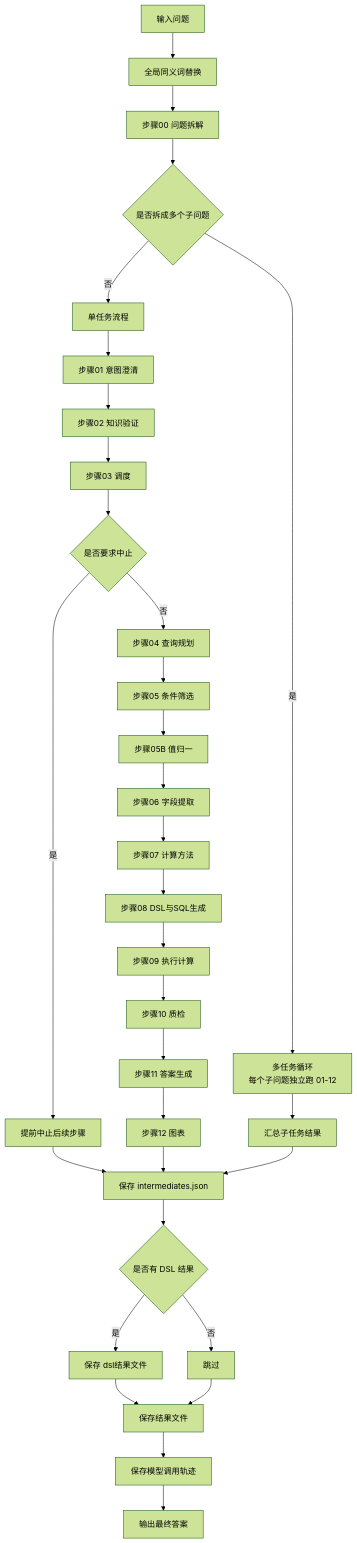
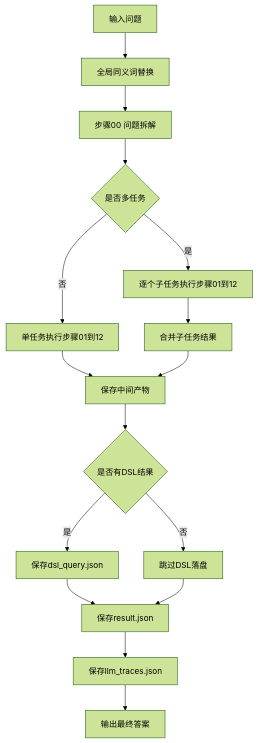
One commit to fengjianhuaxin/testtodsl changed the first of 8 diagrams in docs/pipeline_flow_detailed.md. Above: the diagram before and after it, drawn with Mermaid (forest theme). The commit also changed other lines of this file, not shown here.

Commit message:
docs: refresh pipeline flowchart for split planner and inner/left join

````diff
--- a/docs/pipeline_flow_detailed.md
+++ b/docs/pipeline_flow_detailed.md
@@ -7,41 +10,22 @@
 ```mermaid
 flowchart TD
     A[输入问题] --> B[全局同义词替换]
     B --> C[步骤00 问题拆解]
-    C --> D{是否拆成多个子问题}
+    C --> D{是否多任务}
 
-    D -- 否 --> E[单任务流程]
-    D -- 是 --> F[多任务循环
-每个子问题独立跑 01-12]
-    F --> G[汇总子任务结果]
+    D -- 否 --> E[单任务执行步骤01到12]
+    D -- 是 --> F[逐个子任务执行步骤01到12]
+    F --> G[合并子任务结果]
 
-    E --> H[步骤01 意图澄清]
-    H --> I[步骤02 知识验证]
-    I --> J[步骤03 调度]
-    J --> K{是否要求中止}
-    K -- 是 --> Z1[提前中止后续步骤]
-    K -- 否 --> L[步骤04 查询规划]
+    E --> H[保存中间产物]
+    G --> H
 
-    L --> M[步骤05 条件筛选]
-    M --> N[步骤05B 值归一]
-    N --> O[步骤06 字段提取]
-    O --> P[步骤07 计算方法]
-    P --> Q[步骤08 DSL与SQL生成]
-    Q --> R[步骤09 执行计算]
-    R --> S[步骤10 质检]
-    S --> T[步骤11 答案生成]
-    T --> U[步骤12 图表]
+    H --> I{是否有DSL结果}
+    I -- 是 --> J[保存dsl_query.json]
+    I -- 否 --> K[跳过DSL落盘]
 
-    Z1 --> V[保存 intermediates.json]
-    G --> V
-    U --> V
-
-    V --> W{是否有 DSL 结果}
-    W -- 是 --> X[保存 dsl结果文件]
-    W -- 否 --> Y[跳过]
-
-    X --> AA[保存结果文件]
-    Y --> AA
-    AA --> AB[保存模型调用轨迹]
-    AB --> AC[输出最终答案]
+    J --> L[保存result.json]
+    K --> L
+    L --> M[保存llm_traces.json]
+    M --> N[输出最终答案]
 ```
````
